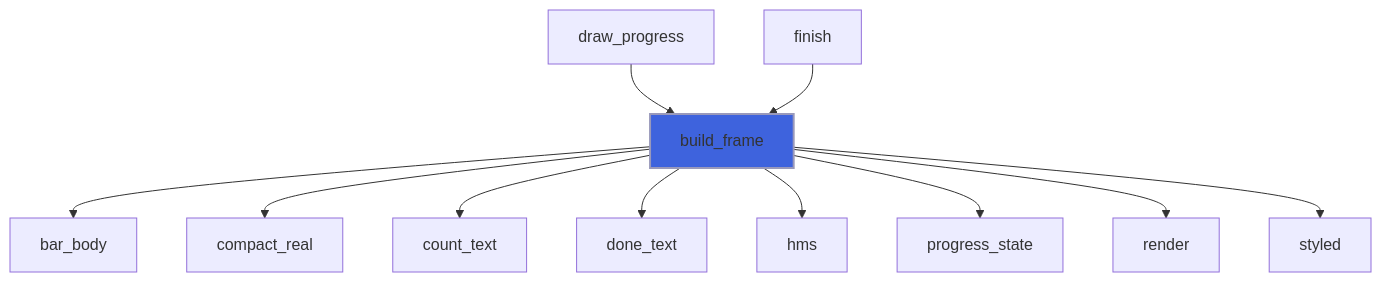
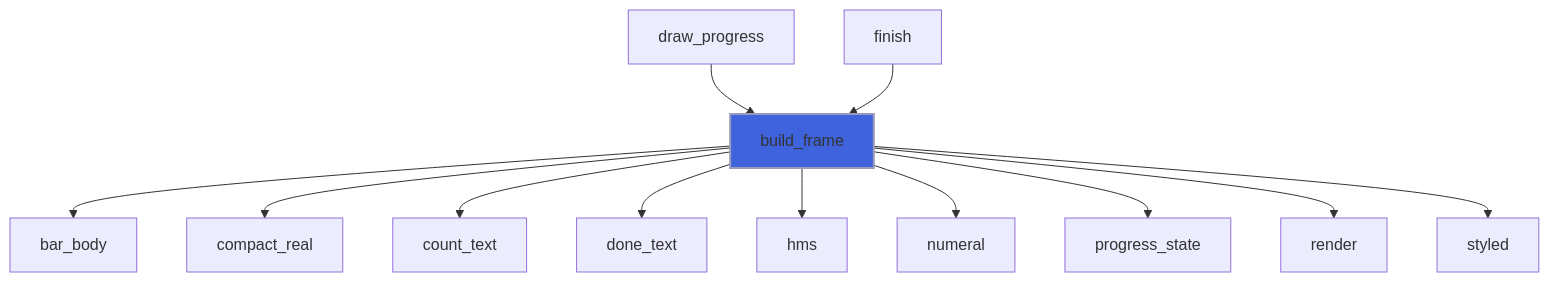
The tenth of 46 diagrams in docs/api/src/lib/forbear_bar_object.md (szaghi/forbear), drawn with Mermaid before and after one commit. The commit also changed other lines of this file and 48 other files, not shown here.

````diff
--- a/docs/api/src/lib/forbear_bar_object.md
+++ b/docs/api/src/lib/forbear_bar_object.md
@@ -531,14 +542,15 @@
 ```mermaid
 flowchart TD
   draw_progress["draw_progress"] --> build_frame["build_frame"]
   finish["finish"] --> build_frame["build_frame"]
   build_frame["build_frame"] --> bar_body["bar_body"]
   build_frame["build_frame"] --> compact_real["compact_real"]
   build_frame["build_frame"] --> count_text["count_text"]
   build_frame["build_frame"] --> done_text["done_text"]
   build_frame["build_frame"] --> hms["hms"]
+  build_frame["build_frame"] --> numeral["numeral"]
   build_frame["build_frame"] --> progress_state["progress_state"]
   build_frame["build_frame"] --> render["render"]
   build_frame["build_frame"] --> styled["styled"]
   style build_frame fill:#3e63dd,stroke:#99b,stroke-width:2px
 ```
````
